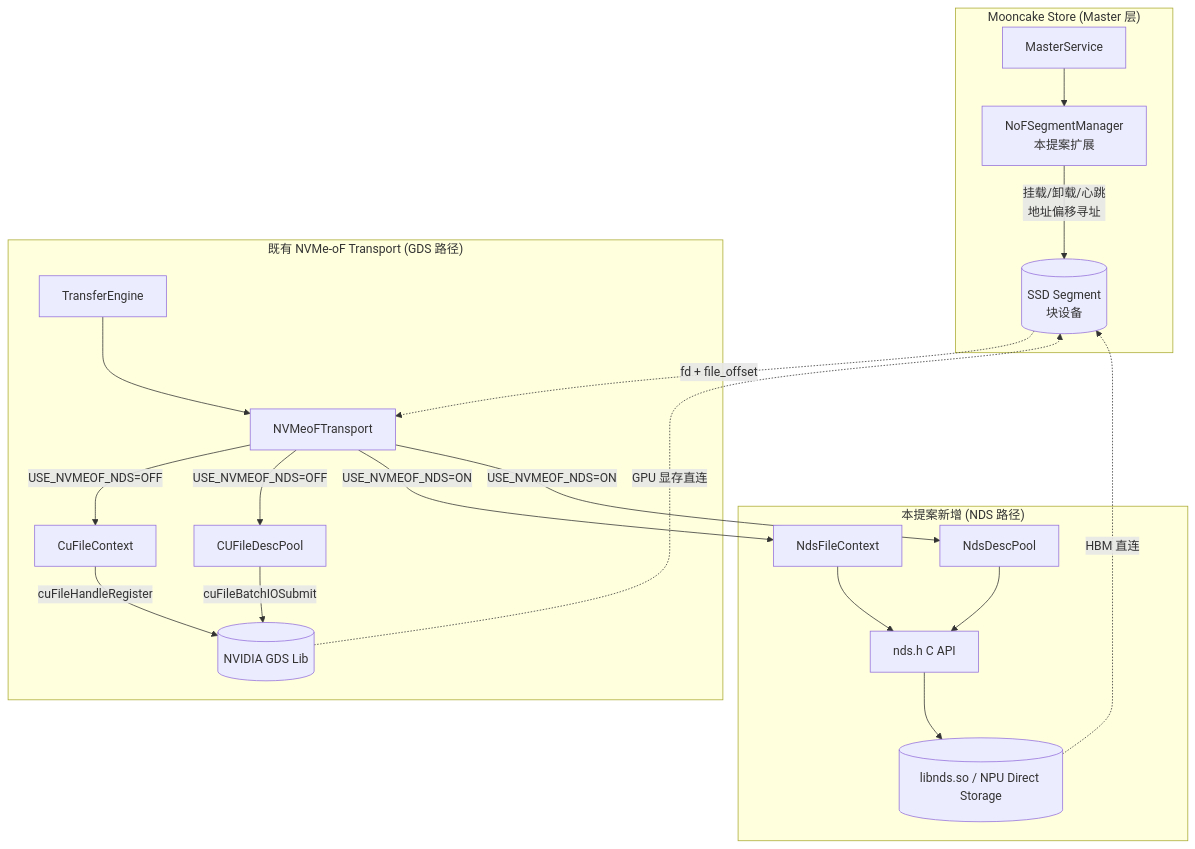
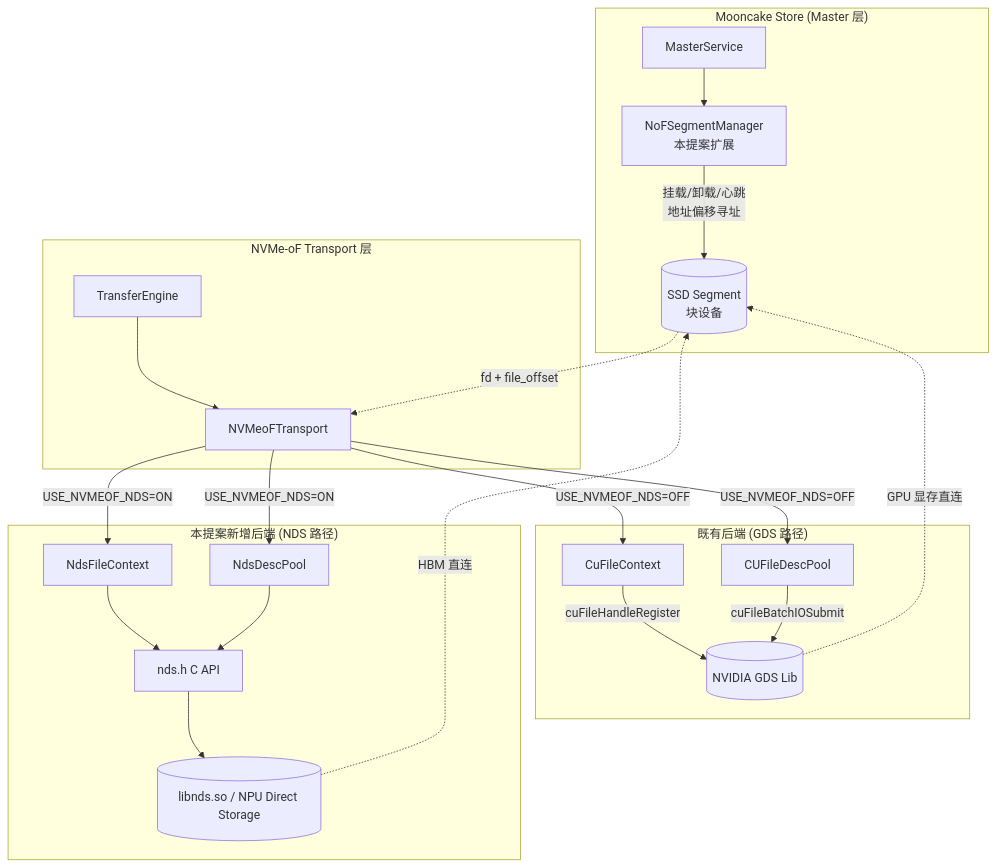
The first of 17 diagrams in docs/rfc-nds-nvmeof-transport-cn.md (yz53665/Mooncake), drawn with Mermaid before and after one commit. The commit also changed other lines of this file, not shown here.

````diff
--- a/docs/rfc-nds-nvmeof-transport-cn.md
+++ b/docs/rfc-nds-nvmeof-transport-cn.md
@@ -70,36 +70,39 @@
 ```mermaid
 graph TB
     subgraph Store["Mooncake Store (Master 层)"]
         MS[MasterService]
         NSM[NoFSegmentManager<br/>本提案扩展]
         MS --> NSM
         NSM -->|挂载/卸载/心跳<br/>地址偏移寻址| SEG[(SSD Segment<br/>块设备)]
     end
 
-    subgraph Existing["既有 NVMe-oF Transport (GDS 路径)"]
+    subgraph Transport["NVMe-oF Transport 层"]
         TE[TransferEngine]
         NVT[NVMeoFTransport]
+        TE --> NVT
+    end
+
+    subgraph Existing["既有后端 (GDS 路径)"]
         CFC[CuFileContext]
         CDP[CUFileDescPool]
-        TE --> NVT
         NVT -->|USE_NVMEOF_NDS=OFF| CFC
         NVT -->|USE_NVMEOF_NDS=OFF| CDP
         CFC -->|cuFileHandleRegister| GDS[(NVIDIA GDS Lib)]
         CDP -->|cuFileBatchIOSubmit| GDS
     end
 
-    subgraph Proposed["本提案新增 (NDS 路径)"]
+    subgraph Proposed["本提案新增后端 (NDS 路径)"]
         NDS_CTX[NdsFileContext]
         NDS_BATCH[NdsDescPool]
         NDS_API[nds.h C API]
         NVT -->|USE_NVMEOF_NDS=ON| NDS_CTX
         NVT -->|USE_NVMEOF_NDS=ON| NDS_BATCH
         NDS_CTX --> NDS_API
         NDS_BATCH --> NDS_API
         NDS_API --> NDSL[(libnds.so / NPU Direct Storage)]
     end
 
     SEG -. fd + file_offset .-> NVT
     NDSL -.HBM 直连.-> SEG
     GDS -.GPU 显存直连.-> SEG
 ```
````
